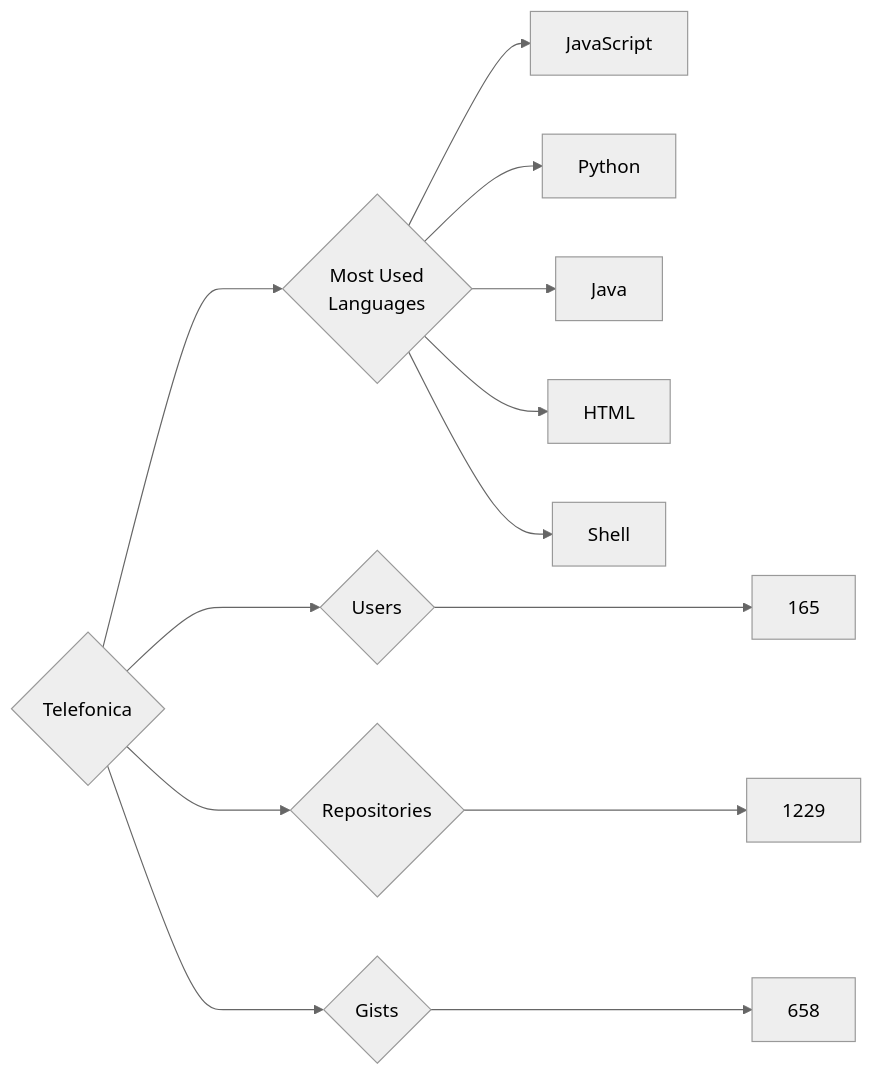
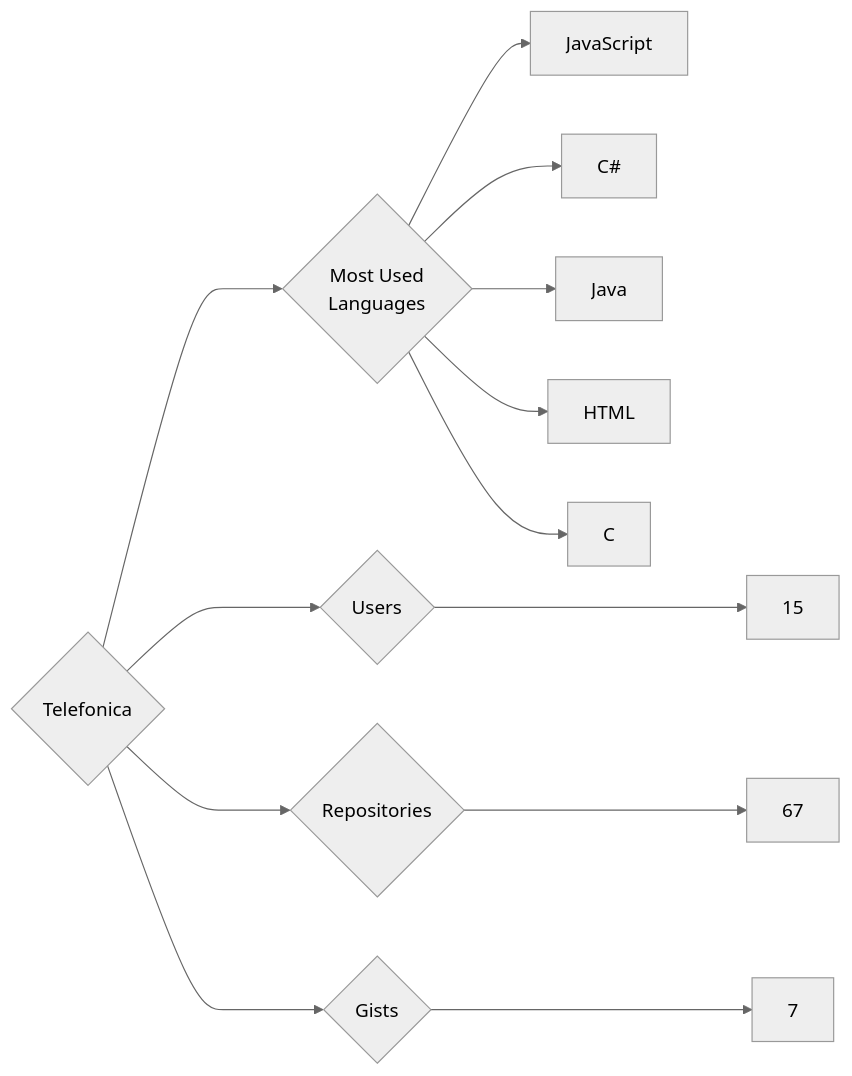
Before and after one commit to trickest/insiders: the diagram in targets/Telefonica/README.md, drawn with Mermaid (neutral theme). The commit also changed 695 other files, not shown here.

````diff
--- a/targets/Telefonica/README.md
+++ b/targets/Telefonica/README.md
@@ -3,13 +3,13 @@
 ```mermaid
 graph LR
 COMPANY_NAME{Telefonica}
-COMPANY_NAME ---> U{Users} ---> UN[165]
-COMPANY_NAME ---> R{Repositories} ---> RN[1229]
-COMPANY_NAME ---> G{Gists} ---> GN[658]
+COMPANY_NAME ---> U{Users} ---> UN[15]
+COMPANY_NAME ---> R{Repositories} ---> RN[67]
+COMPANY_NAME ---> G{Gists} ---> GN[7]
 COMPANY_NAME ---> ML{Most Used<br>Languages}
 ML --> JavaScript[JavaScript]
-ML --> Python[Python]
+ML --> C#[C#]
 ML --> Java[Java]
 ML --> HTML[HTML]
-ML --> Shell[Shell]
+ML --> C[C]
 ```
````
